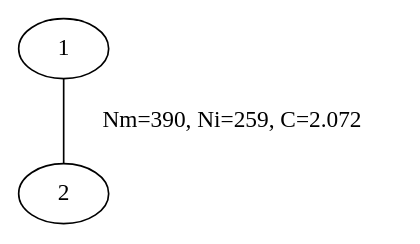
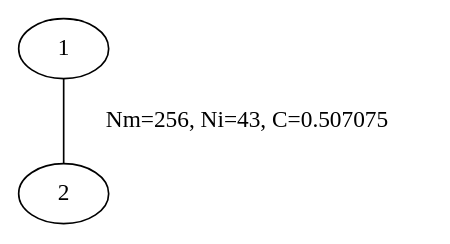
The diagram in ml/matches_graph.dot (AlexandraKam/hakatonUpgrade), drawn with Graphviz before and after one commit. The commit also changed 2 other files, not shown here.

```diff
--- a/ml/matches_graph.dot
+++ b/ml/matches_graph.dot
@@ -1,3 +1,3 @@
 graph matches_graph{
-"1" -- "2"[label="Nm=390, Ni=259, C=2.072"];
+"1" -- "2"[label="Nm=256, Ni=43, C=0.507075"];
 }
```
